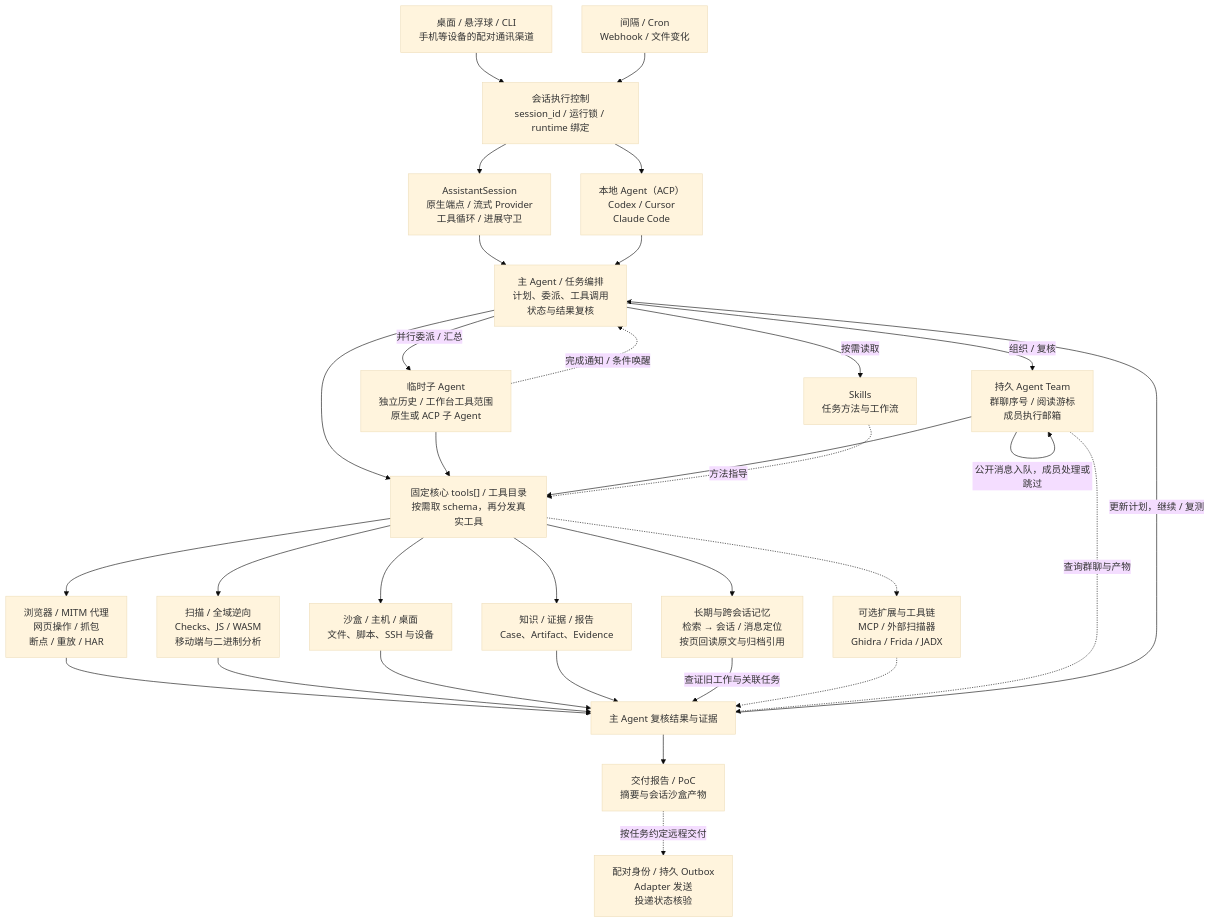
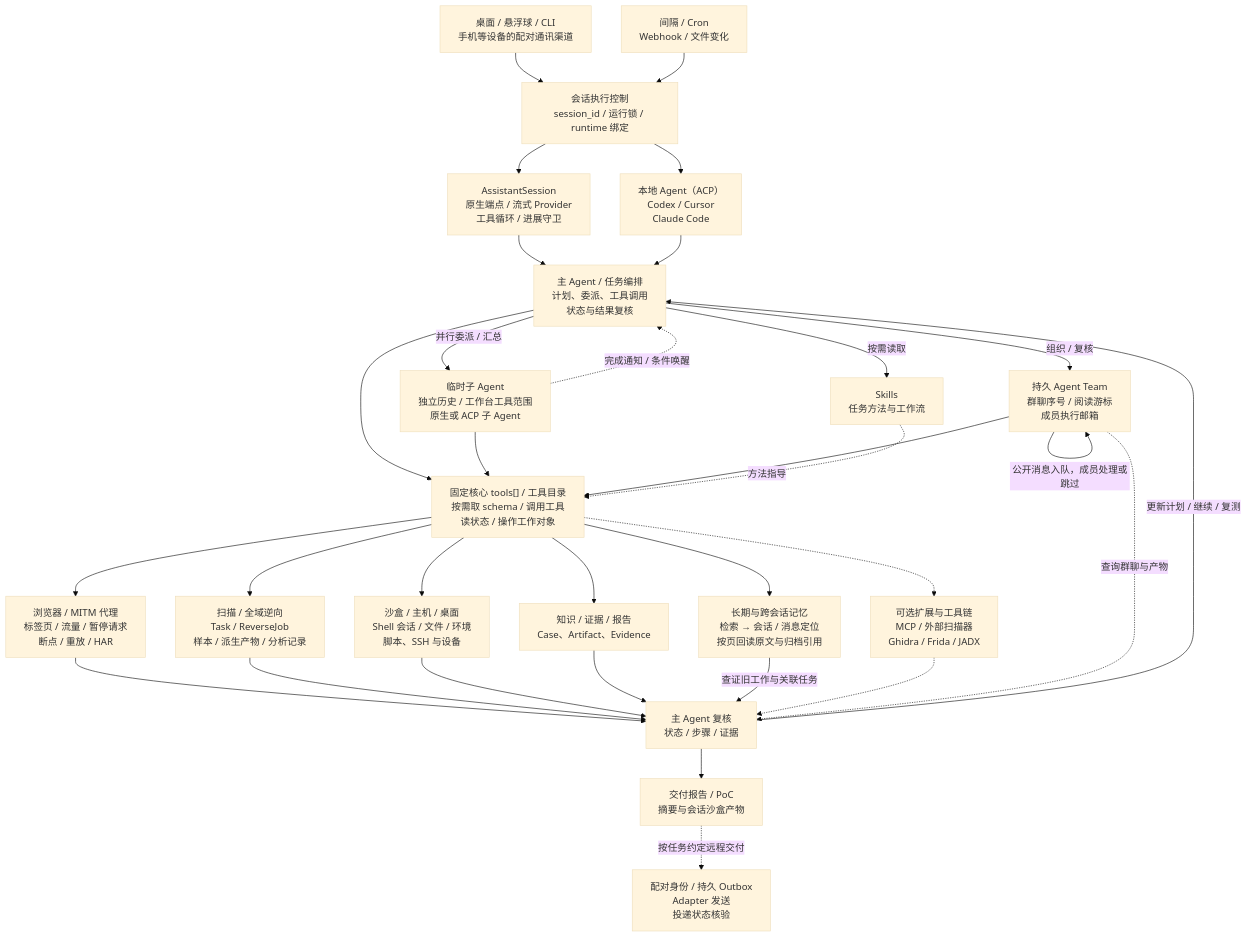
The first of 3 diagrams in README.md (HG-ha/Argusai), drawn with Mermaid (base theme) before and after one commit. The commit also changed other lines of this file and 6 other files, not shown here.

````diff
--- a/README.md
+++ b/README.md
@@ -44,36 +44,36 @@
 ```mermaid
 flowchart TB
     Input["桌面 / 悬浮球 / CLI<br/>手机等设备的配对通讯渠道"] --> Session["会话执行控制<br/>session_id / 运行锁 / runtime 绑定"]
     Events["间隔 / Cron<br/>Webhook / 文件变化"] --> Session
     Session --> Native["AssistantSession<br/>原生端点 / 流式 Provider<br/>工具循环 / 进展守卫"]
     Session --> ACP["本地 Agent（ACP）<br/>Codex / Cursor<br/>Claude Code"]
     Native --> Main["主 Agent / 任务编排<br/>计划、委派、工具调用<br/>状态与结果复核"]
     ACP --> Main
 
     Main -->|并行委派 / 汇总| Sub["临时子 Agent<br/>独立历史 / 工作台工具范围<br/>原生或 ACP 子 Agent"]
     Main -->|组织 / 复核| Team["持久 Agent Team<br/>群聊序号 / 阅读游标<br/>成员执行邮箱"]
     Main -->|按需读取| Skills["Skills<br/>任务方法与工作流"]
-    Main --> Tools["固定核心 tools[] / 工具目录<br/>按需取 schema，再分发真实工具"]
+    Main --> Tools["固定核心 tools[] / 工具目录<br/>按需取 schema / 调用工具<br/>读状态 / 操作工作对象"]
     Sub --> Tools
     Team --> Tools
     Skills -.->|方法指导| Tools
 
-    Tools --> Web["浏览器 / MITM 代理<br/>网页操作 / 抓包<br/>断点 / 重放 / HAR"]
-    Tools --> Analysis["扫描 / 全域逆向<br/>Checks、JS / WASM<br/>移动端与二进制分析"]
-    Tools --> Execution["沙盒 / 主机 / 桌面<br/>文件、脚本、SSH 与设备"]
+    Tools --> Web["浏览器 / MITM 代理<br/>标签页 / 流量 / 暂停请求<br/>断点 / 重放 / HAR"]
+    Tools --> Analysis["扫描 / 全域逆向<br/>Task / ReverseJob<br/>样本 / 派生产物 / 分析记录"]
+    Tools --> Execution["沙盒 / 主机 / 桌面<br/>Shell 会话 / 文件 / 环境<br/>脚本、SSH 与设备"]
     Tools --> Knowledge["知识 / 证据 / 报告<br/>Case、Artifact、Evidence"]
     Tools --> Recall["长期与跨会话记忆<br/>检索 → 会话 / 消息定位<br/>按页回读原文与归档引用"]
     Tools -.-> Extensions["可选扩展与工具链<br/>MCP / 外部扫描器<br/>Ghidra / Frida / JADX"]
-    Web --> Review["主 Agent 复核结果与证据"]
+    Web --> Review["主 Agent 复核<br/>状态 / 步骤 / 证据"]
     Analysis --> Review
     Execution --> Review
     Knowledge --> Review
     Recall -->|查证旧工作与关联任务| Review
     Extensions -.-> Review
     Review --> Delivery["交付报告 / PoC<br/>摘要与会话沙盒产物"]
     Delivery -.->|按任务约定远程交付| Outbox["配对身份 / 持久 Outbox<br/>Adapter 发送<br/>投递状态核验"]
-    Review -->|更新计划，继续 / 复测| Main
+    Review -->|更新计划 / 继续 / 复测| Main
     Sub -.->|完成通知 / 条件唤醒| Main
     Team -->|公开消息入队，成员处理或跳过| Team
     Team -.->|查询群聊与产物| Review
 ```
````
